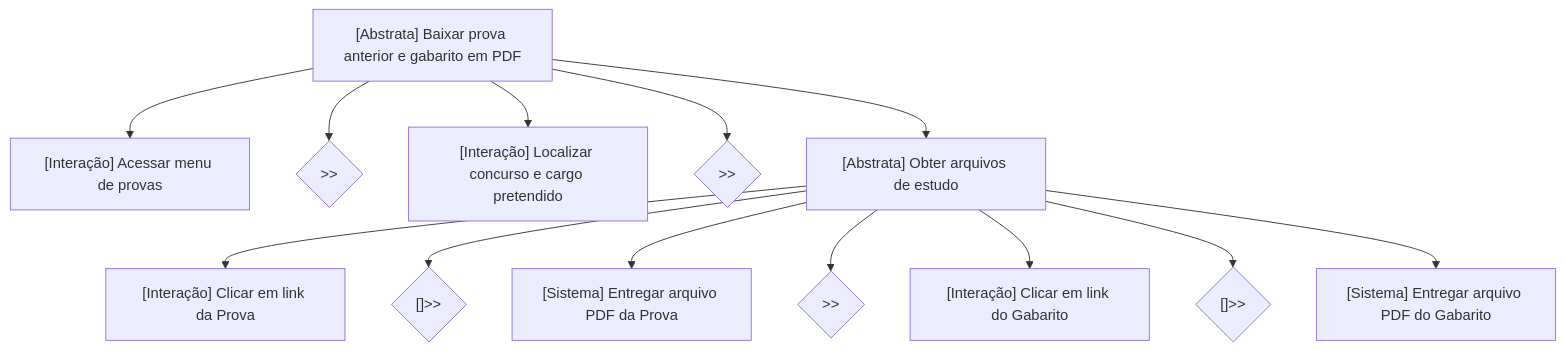
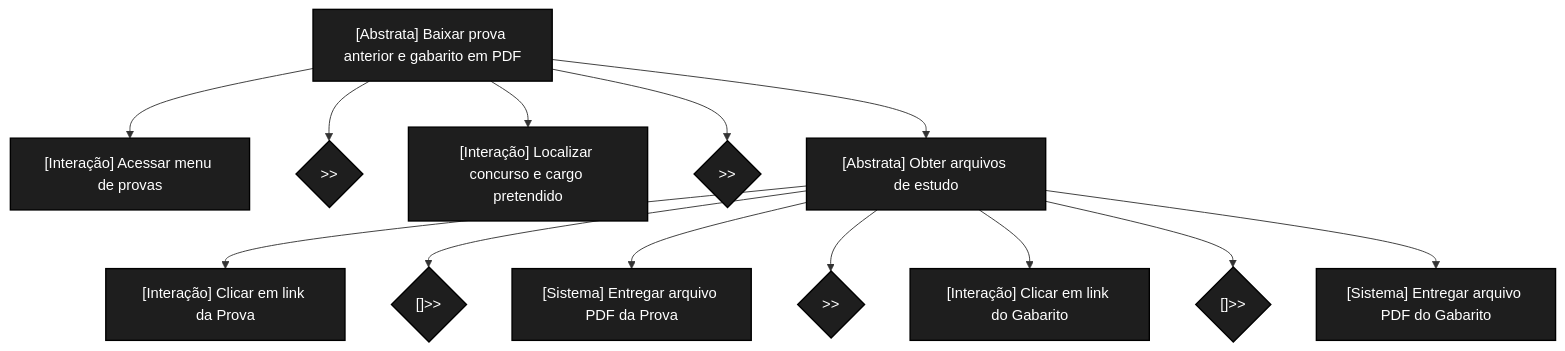
The second of 8 diagrams in docs/analise-de-requisitos/analise-de-tarefas/ctt.md (Interacao-Humano-Computador/2026.2-Grupo07), drawn with Mermaid before and after one commit. The commit also changed other lines of this file and 6 other files, not shown here.

````diff
--- a/docs/analise-de-requisitos/analise-de-tarefas/ctt.md
+++ b/docs/analise-de-requisitos/analise-de-tarefas/ctt.md
@@ -186,33 +185,34 @@
 ```mermaid
 flowchart TD
+    classDef default fill:#1e1e1e,stroke:#000000,stroke-width:1.5px,color:#ffffff;
     Root2["[Abstrata] Baixar prova anterior e gabarito em PDF"]
 
     N1["[Interação] Acessar menu de provas"]
     O1{">>"}
     N2["[Interação] Localizar concurso e cargo pretendido"]
     O2{">>"}
     N3["[Abstrata] Obter arquivos de estudo"]
 
     Root2 --> N1
     Root2 --> O1
     Root2 --> N2
     Root2 --> O2
     Root2 --> N3
 
     %% Decomposição de N3
     N3_1["[Interação] Clicar em link da Prova"]
     O3_1{"[]>>"}
     N3_2["[Sistema] Entregar arquivo PDF da Prova"]
     O3_2{">>"}
     N3_3["[Interação] Clicar em link do Gabarito"]
     O3_3{"[]>>"}
     N3_4["[Sistema] Entregar arquivo PDF do Gabarito"]
 
     N3 --> N3_1
     N3 --> O3_1
     N3 --> N3_2
     N3 --> O3_2
     N3 --> N3_3
     N3 --> O3_3
     N3 --> N3_4
 ```
````
